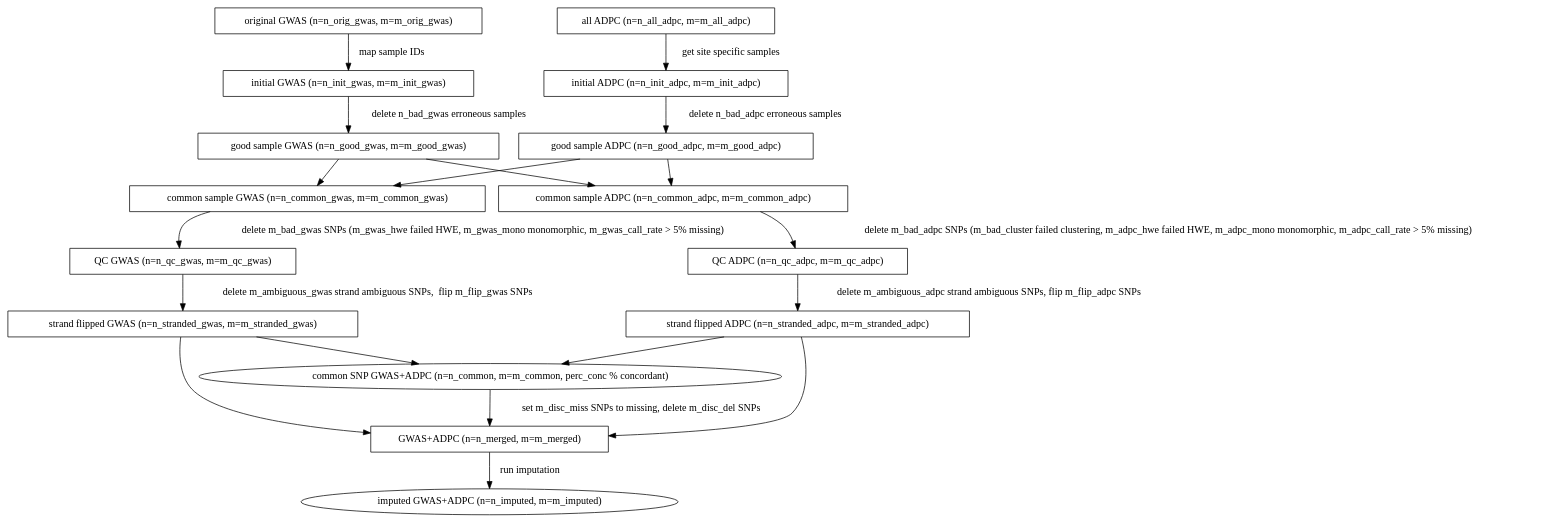
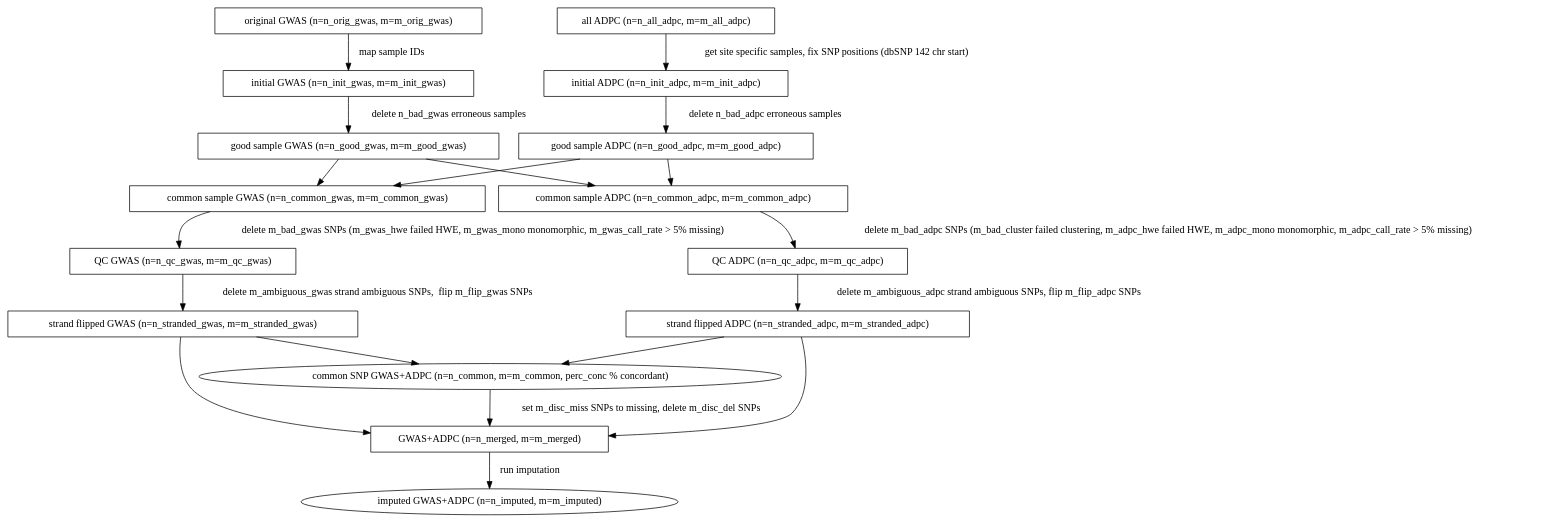
The diagram in doc/flow.dot (CAAPA/gwas_adpc_imputation_pipeline), drawn with Graphviz before and after one commit. The commit also changed 1 other file, not shown here.

Commit message:
Updated documentation indicating that ADPC chr start positions should be updated

```diff
--- a/doc/flow.dot
+++ b/doc/flow.dot
@@ -1,91 +1,91 @@
 #!dot
 digraph {
 
     //Initial GWAS flow
 
     ORIG_GWAS [label="original GWAS (n=n_orig_gwas, m=m_orig_gwas)",
                shape=box] //params: n_orig_gwas, m_orig_gwas
     INIT_GWAS [label="initial GWAS (n=n_init_gwas, m=m_init_gwas)",
                shape=box] //params: n_init_gwas, m_init_gwas
     ORIG_GWAS -> INIT_GWAS [label= " map sample IDs"];
                  //script: get_gwas_samples
 
 
     GOOD_GWAS [label="good sample GWAS (n=n_good_gwas, m=m_good_gwas)",
                shape=box] //params: n_good_gwas, m_good_gwas
     INIT_GWAS -> GOOD_GWAS [label=" delete n_bad_gwas erroneous samples"];
                 //script: get_good_samples; params: n_bad_gwas
 
     COMMON_GWAS [label="common sample GWAS (n=n_common_gwas, m=m_common_gwas)",
                  shape=box] //params: n_common_gwas, m=m_common_gwas
     GOOD_GWAS -> COMMON_GWAS;
                  //script: get_common_samples
 
     QC_GWAS [label="QC GWAS (n=n_qc_gwas, m=m_qc_gwas)",
              shape=box] //params: n_qc_gwas, m=m_qc_gwas
     COMMON_GWAS -> QC_GWAS [label=" delete m_bad_gwas SNPs (m_gwas_hwe failed HWE, m_gwas_mono monomorphic, m_gwas_call_rate > 5% missing)"];
                 //script: do_gwas_qc; params: m_bad_gwas
                 //m (whatever subcategories removed)
 
 
     FLIPPED_GWAS [label="strand flipped GWAS (n=n_stranded_gwas, m=m_stranded_gwas)",
                   shape=box] //params: n_stranded_gwas, m_stranded_gwas
     QC_GWAS -> FLIPPED_GWAS [label=" delete m_ambiguous_gwas strand ambiguous SNPs,  flip m_flip_gwas SNPs"];
                  //script: flip_strands; params: m_flip_gwas, m_ambiguous_gwas
 
 
     //Initial ADPC flow
 
     ALL_ADPC [label="all ADPC (n=n_all_adpc, m=m_all_adpc)",
               shape=box] //params:n_all_adpc, m_all_adpc
     INIT_ADPC [label="initial ADPC (n=n_init_adpc, m=m_init_adpc)",
                shape=box] //params: n_init_adpc, m_init_adpc
-    ALL_ADPC -> INIT_ADPC [label=" get site specific samples"]
+    ALL_ADPC -> INIT_ADPC [label=" get site specific samples, fix SNP positions (dbSNP 142 chr start)"]
                 //script: get_adpc_samples (site)
 
 
     GOOD_ADPC [label="good sample ADPC (n=n_good_adpc, m=m_good_adpc)",
                shape=box] //params: n_good_adpc, m_good_adpc
     INIT_ADPC -> GOOD_ADPC [label=" delete n_bad_adpc erroneous samples"];
                 //script: get_good_samples; params: n_bad_adpc
 
     COMMON_ADPC [label="common sample ADPC (n=n_common_adpc, m=m_common_adpc)",
                  shape=box] //params: n_common_adpc, m=m_common_adpc
     GOOD_ADPC -> COMMON_ADPC;
                  //script: get_common_samples
 
     QC_ADPC [label="QC ADPC (n=n_qc_adpc, m=m_qc_adpc)",
              shape=box] //params: n_qc_adpc, m=m_qc_adpc
     COMMON_ADPC -> QC_ADPC [label=" delete m_bad_adpc SNPs (m_bad_cluster failed clustering, m_adpc_hwe failed HWE, m_adpc_mono monomorphic, m_adpc_call_rate > 5% missing)"];
                 //script: do_adpc_qc; params: m_bad_adpc
                 //m (whatever subcategories removed)
                 //remember to also remove ACGT
 
     FLIPPED_ADPC [label="strand flipped ADPC (n=n_stranded_adpc, m=m_stranded_adpc)",
                   shape=box] //params: n_stranded_adpc, m_stranded_adpc
     QC_ADPC -> FLIPPED_ADPC [label=" delete m_ambiguous_adpc strand ambiguous SNPs, flip m_flip_adpc SNPs"];
                  //script: flip_strands; params: m_flip_adpc, m_ambiguous_adpc
 
 
 
     //GWAS + ADPC flows
 
     GOOD_ADPC -> COMMON_GWAS;
     GOOD_GWAS -> COMMON_ADPC;
 
     COMMON_SNP [label="common SNP GWAS+ADPC (n=n_common, m=m_common, perc_conc % concordant)",
                 shape=ellipse] //params: n_common, m_common
     FLIPPED_GWAS -> COMMON_SNP; //script: get_common_snp_files
     FLIPPED_ADPC -> COMMON_SNP; //script: get_common_snp_files
 
     MERGED [label="GWAS+ADPC (n=n_merged, m=m_merged)",
             shape=box] //params: n_merged, m_merged
     COMMON_SNP -> MERGED [label= " set m_disc_miss SNPs to missing, delete m_disc_del SNPs"];
             //script: merge_adpc_gwas; params: m_disc_miss, m_disc_del
     FLIPPED_GWAS -> MERGED;
     FLIPPED_ADPC -> MERGED;
 
     IMPUTED [label="imputed GWAS+ADPC (n=n_imputed, m=m_imputed)"]
     MERGED -> IMPUTED [label=" run imputation"];
                 //script:
 }
```
